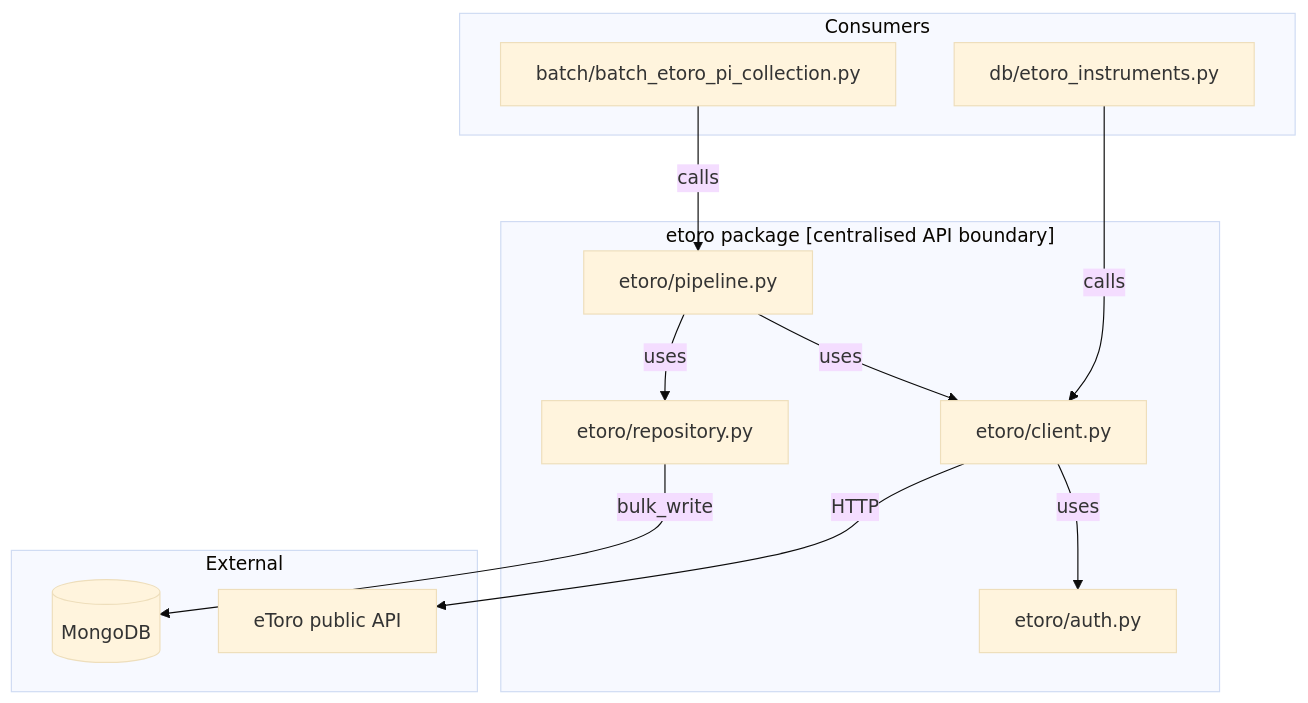
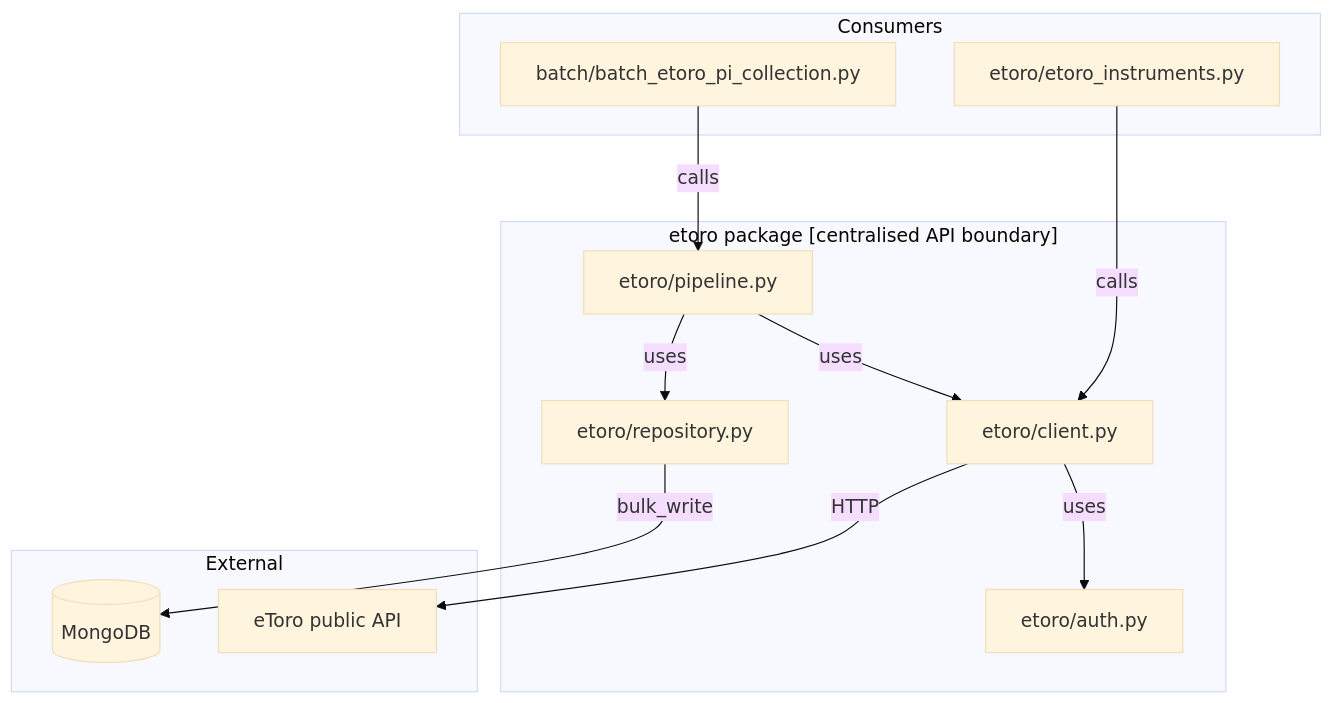
One commit to AlphaSentra/alphasentra-core changed the first of 3 diagrams in ETORO_MAPPING.md. Above: the diagram before and after it, drawn with Mermaid (base theme). The commit also changed other lines of this file and 4 other files, not shown here.

Commit message:
etoro-instruments-collection-rev

````diff
--- a/ETORO_MAPPING.md
+++ b/ETORO_MAPPING.md
@@ -7,26 +7,26 @@
 ```mermaid
 graph TB
     subgraph "etoro package [centralised API boundary]"
         C1[etoro/client.py]
         C2[etoro/pipeline.py]
         C3[etoro/repository.py]
         C4[etoro/auth.py]
         C1 -->|uses| C4
         C2 -->|uses| C1
         C2 -->|uses| C3
     end
 
     subgraph "Consumers"
         D1[batch/batch_etoro_pi_collection.py]
-        D2[db/etoro_instruments.py]
+        D2[etoro/etoro_instruments.py]
     end
     D1 -->|calls| C2
     D2 -->|calls| C1
 
     subgraph "External"
         A["eToro public API"]
         B[(MongoDB)]
     end
     C1 -->|HTTP| A
     C3 -->|bulk_write| B
 ```
````
